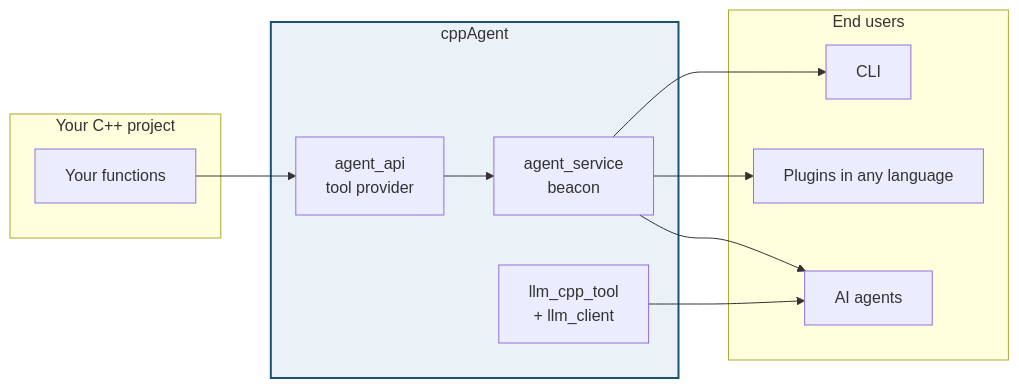
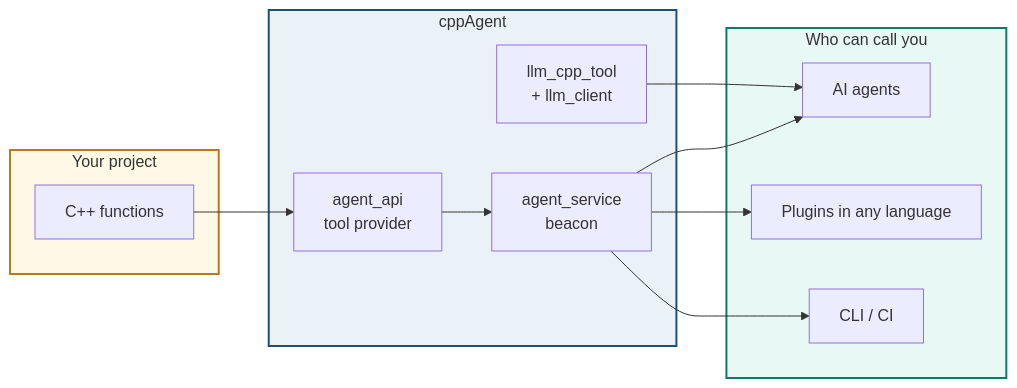
The second of 3 diagrams in readme.md (PassByYou888/LingoFuse-cppAgent), drawn with Mermaid before and after one commit. The commit also changed other lines of this file, not shown here.

````diff
--- a/readme.md
+++ b/readme.md
@@ -47,27 +43,28 @@
 ```mermaid
 flowchart LR
-    subgraph Project["Your C++ project"]
-        Func["Your functions"]
+    subgraph Yours["Your project"]
+        Func["C++ functions"]
     end
 
     subgraph cppAgent["cppAgent"]
         Api["agent_api<br/>tool provider"]
         Svc["agent_service<br/>beacon"]
-        Client["llm_cpp_tool<br/>+ llm_client"]
+        Cli["llm_cpp_tool<br/>+ llm_client"]
     end
 
-    subgraph Users["End users"]
+    subgraph Reached["Who can call you"]
+        Agents["AI agents"]
         Plugins["Plugins in any language"]
-        Agents["AI agents"]
-        CLI["CLI"]
+        CLI["CLI / CI"]
     end
 
-    Func --> Api
-    Api --> Svc
+    Func --> Api --> Svc
     Svc --> Agents
     Svc --> Plugins
-    Client --> Agents
+    Cli --> Agents
     Svc --> CLI
 
     style cppAgent fill:#EAF2F8,stroke:#1A5276,stroke-width:2px
+    style Yours fill:#FEF9E7,stroke:#B7791F,stroke-width:2px
+    style Reached fill:#E8F8F5,stroke:#117A65,stroke-width:2px
 ```
````
